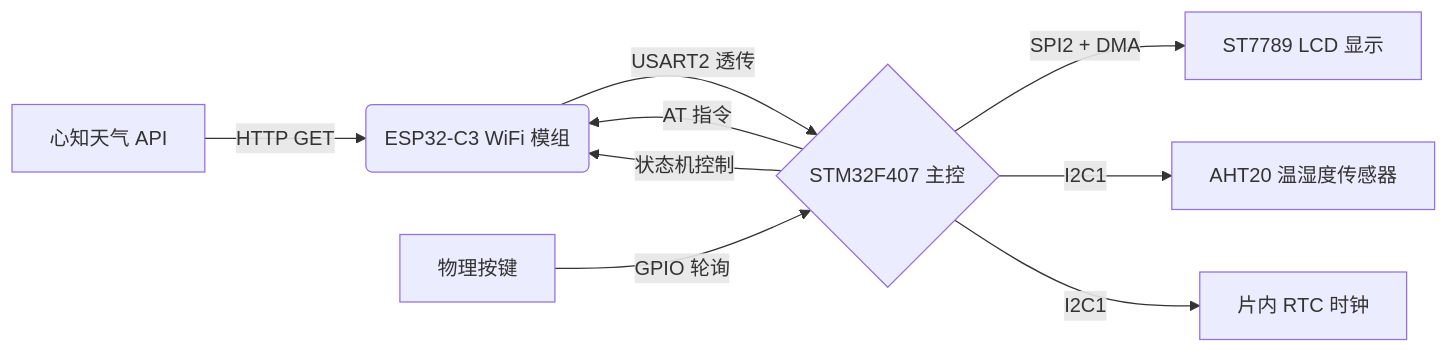
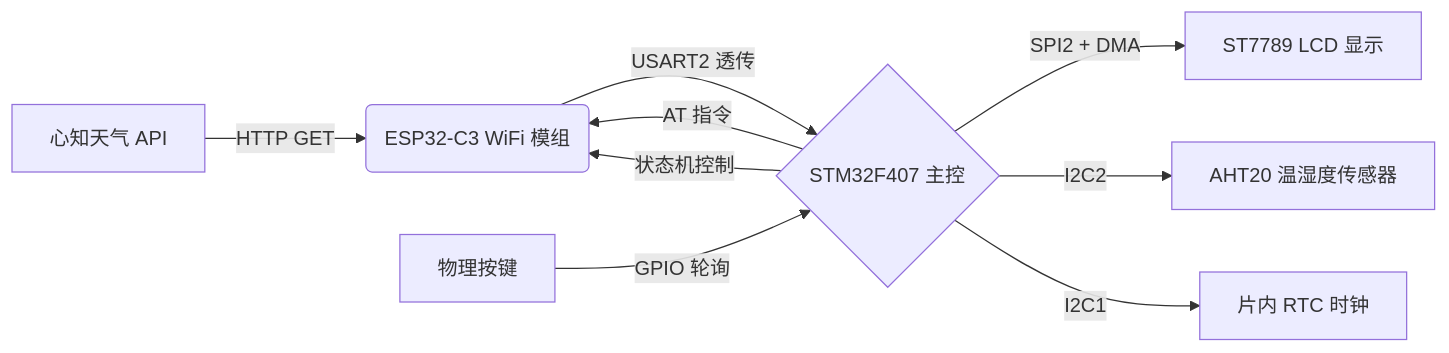
Before and after one commit to Gaofayi/A-weather-clock-based-on-the-open-source-FreeRTOS-clock: the first of 3 diagrams in README.md, drawn with Mermaid.

````diff
--- a/README.md
+++ b/README.md
@@ -44,11 +44,11 @@
 ```mermaid
 graph LR
     A[心知天气 API] -->|HTTP GET| B(ESP32-C3 WiFi 模组)
     B -->|USART2 透传| C{STM32F407 主控}
     C -->|SPI2 + DMA| D[ST7789 LCD 显示]
-    C -->|I2C1| E[AHT20 温湿度传感器]
+    C -->|I2C2| E[AHT20 温湿度传感器]
     C -->|I2C1| F[片内 RTC 时钟]
     G[物理按键] -->|GPIO 轮询| C
     C -->|AT 指令| B
     C -->|状态机控制| B
 ```
````
